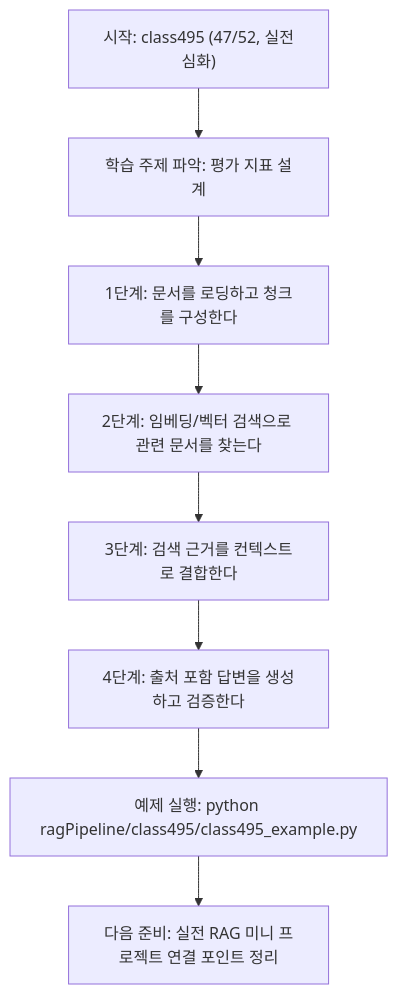
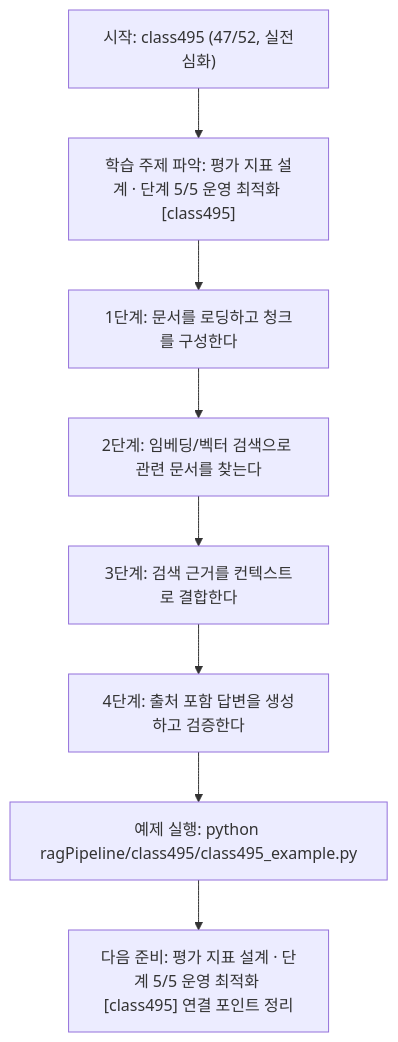
Before and after one commit to edumgt/Python-AI_Agent-Class: the diagram in ragPipeline/class495/class495.md, drawn with Mermaid. The commit also changed other lines of this file and 522 other files, not shown here.

````diff
--- a/ragPipeline/class495/class495.md
+++ b/ragPipeline/class495/class495.md
@@ -110,18 +111,18 @@
 ```mermaid
 flowchart TD
 N1["시작: class495 (47/52, 실전심화)"]
-N2["학습 주제 파악: 평가 지표 설계"]
+N2["학습 주제 파악: 평가 지표 설계 · 단계 5/5 운영 최적화 [class495]"]
 N3["1단계: 문서를 로딩하고 청크를 구성한다"]
 N4["2단계: 임베딩/벡터 검색으로 관련 문서를 찾는다"]
 N5["3단계: 검색 근거를 컨텍스트로 결합한다"]
 N6["4단계: 출처 포함 답변을 생성하고 검증한다"]
 N7["예제 실행: python ragPipeline/class495/class495_example.py"]
-N8["다음 준비: 실전 RAG 미니 프로젝트 연결 포인트 정리"]
+N8["다음 준비: 평가 지표 설계 · 단계 5/5 운영 최적화 [class495] 연결 포인트 정리"]
 N1 --> N2
 N2 --> N3
 N3 --> N4
 N4 --> N5
 N5 --> N6
 N6 --> N7
 N7 --> N8
 ```
````
